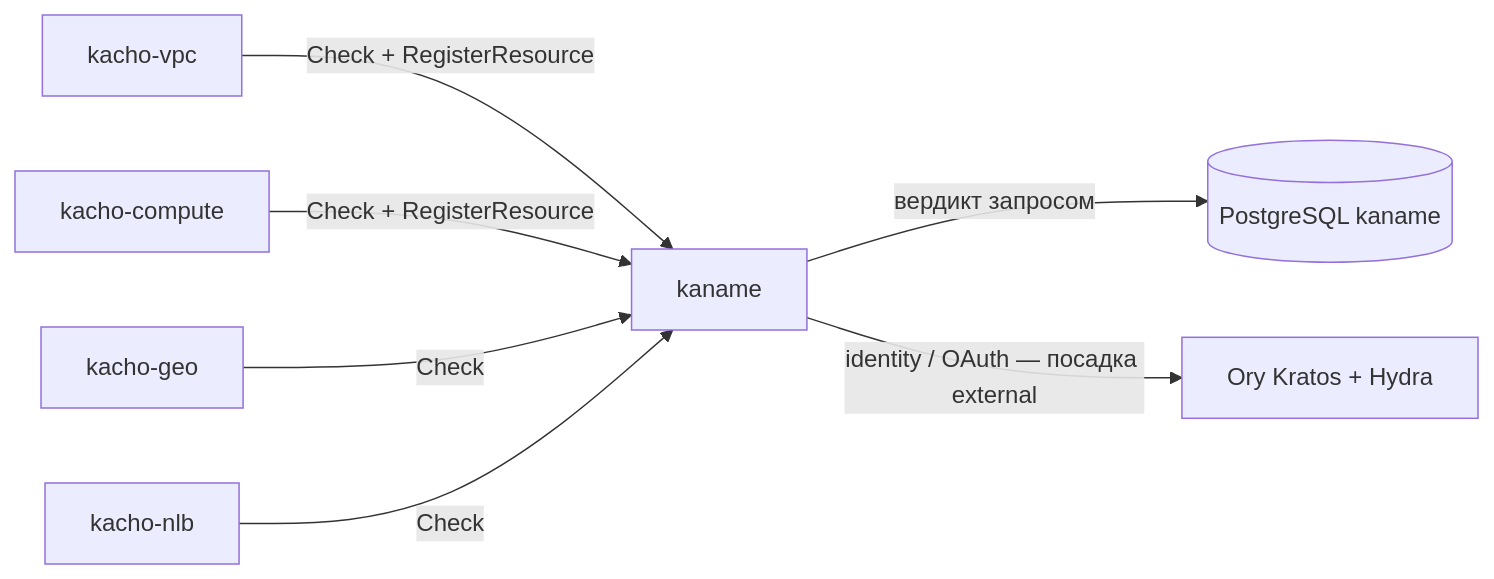
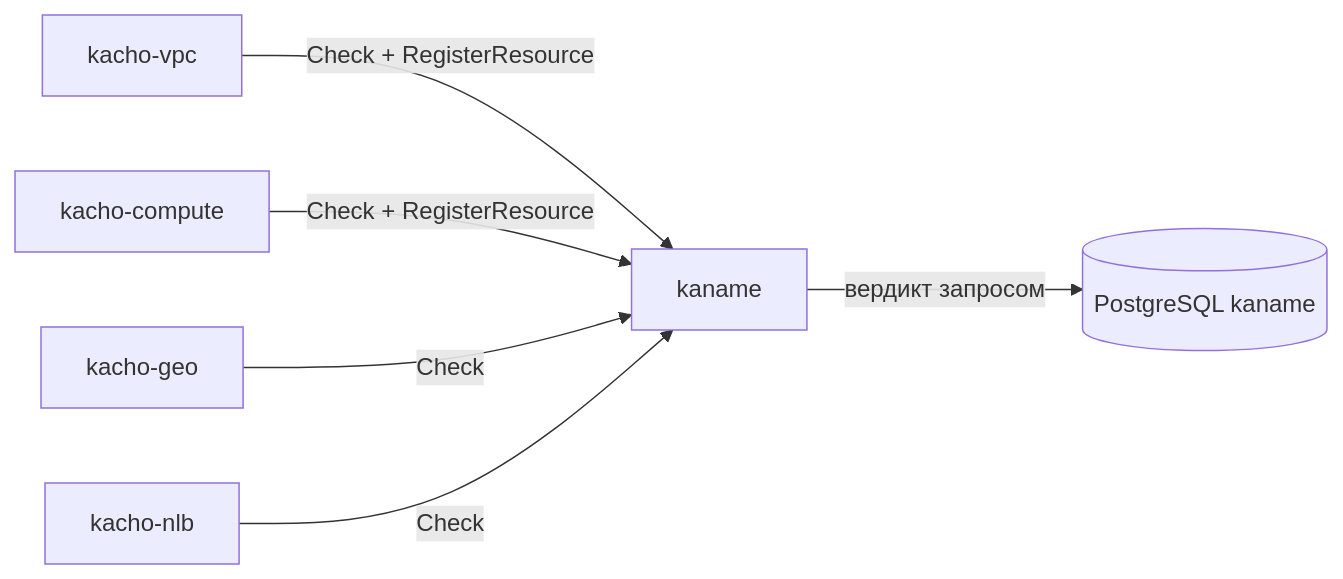
The second of 2 diagrams in docs/content/architecture/overview.mdx (PRO-Robotech/kaname), drawn with Mermaid before and after one commit. The commit also changed other lines of this file and 15 other files, not shown here.

````diff
--- a/docs/content/architecture/overview.mdx
+++ b/docs/content/architecture/overview.mdx
@@ -125,9 +121,8 @@
 ```mermaid
 flowchart LR
   vpc["kacho-vpc"] -->|"Check + RegisterResource"| iam["kaname"]
   cmp["kacho-compute"] -->|"Check + RegisterResource"| iam
   geo["kacho-geo"] -->|"Check"| iam
   nlb["kacho-nlb"] -->|"Check"| iam
   iam -->|"вердикт запросом"| pg[("PostgreSQL kaname")]
-  iam -->|"identity / OAuth — посадка external"| ory["Ory Kratos + Hydra"]
 ```
````
